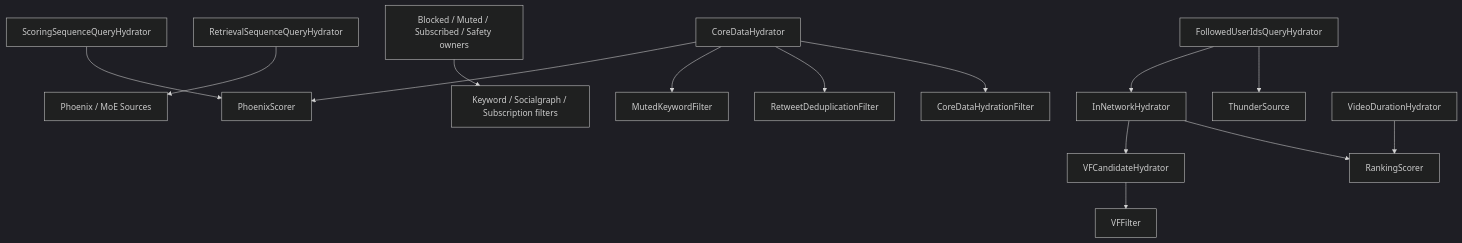
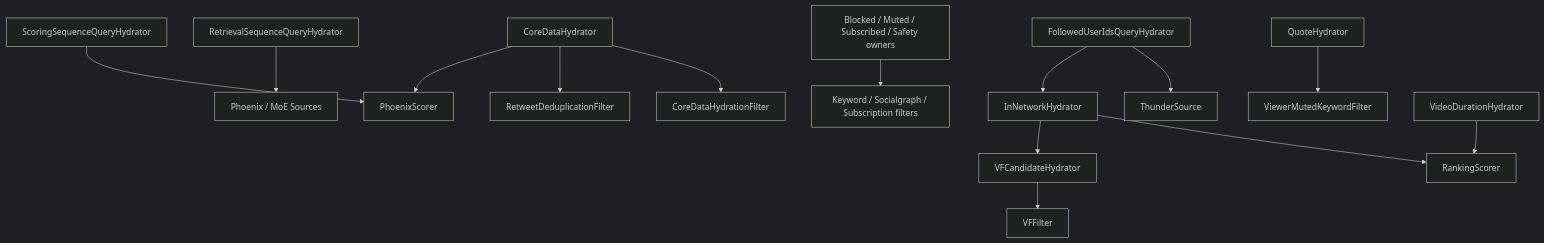
One commit to freefcw/x-algorithm changed the diagram in docs/home-mixer/08-component-index.md. Above: the diagram before and after it, drawn with Mermaid (dark theme). The commit also changed other lines of this file and 15 other files, not shown here.

````diff
--- a/docs/home-mixer/08-component-index.md
+++ b/docs/home-mixer/08-component-index.md
@@ -118,18 +118,18 @@
 ```mermaid
 flowchart TD
     Q1["ScoringSequenceQueryHydrator"] --> SC1["PhoenixScorer"]
     Q2["RetrievalSequenceQueryHydrator"] --> S1["Phoenix / MoE Sources"]
     Q3["FollowedUserIdsQueryHydrator"] --> S2["ThunderSource"]
     Q3 --> H1["InNetworkHydrator"]
     Q4["Blocked / Muted / Subscribed / Safety owners"] --> F8["Keyword / Socialgraph / Subscription filters"]
 
     H2["CoreDataHydrator"] --> F1["CoreDataHydrationFilter"]
     H2 --> F2["RetweetDeduplicationFilter"]
-    H2 --> F3["MutedKeywordFilter"]
     H2 --> SC1
+    HQ["QuoteHydrator"] --> F3["ViewerMutedKeywordFilter"]
 
     H3["VideoDurationHydrator"] --> SC2["RankingScorer"]
     H1 --> SC2
     H1 --> H6["VFCandidateHydrator"]
     H6 --> PF1["VFFilter"]
 ```
````
